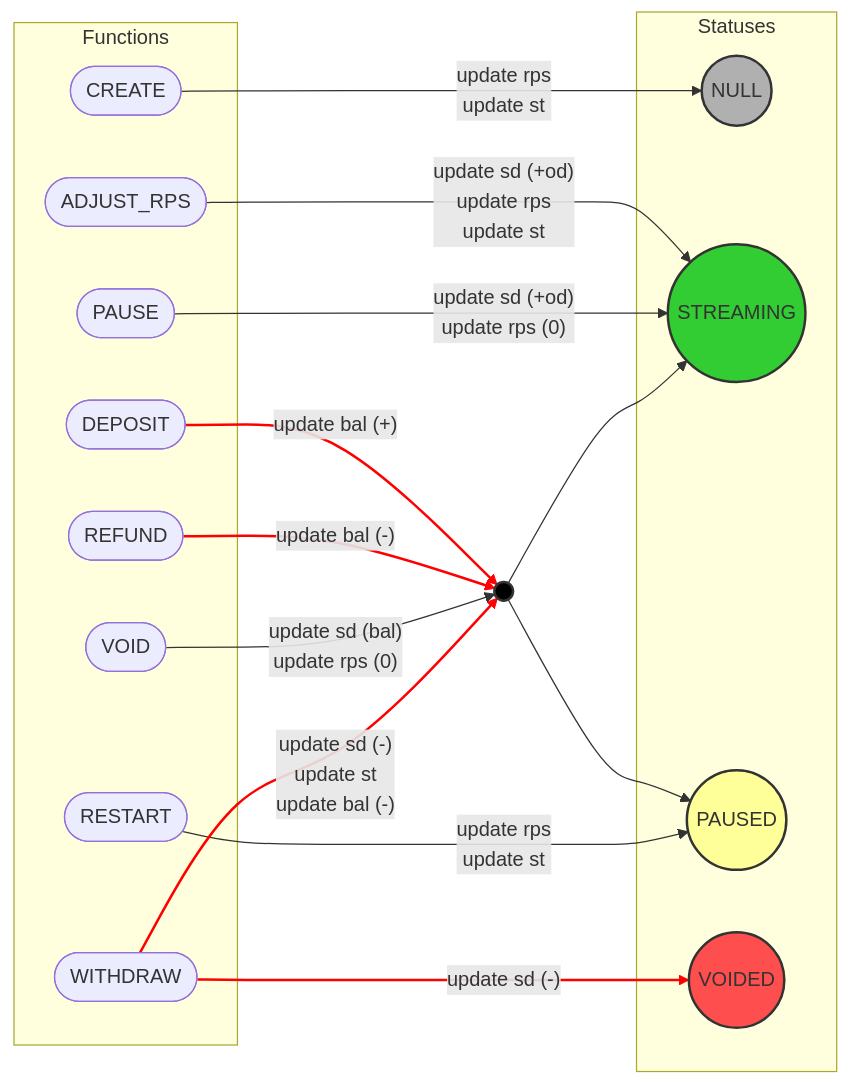
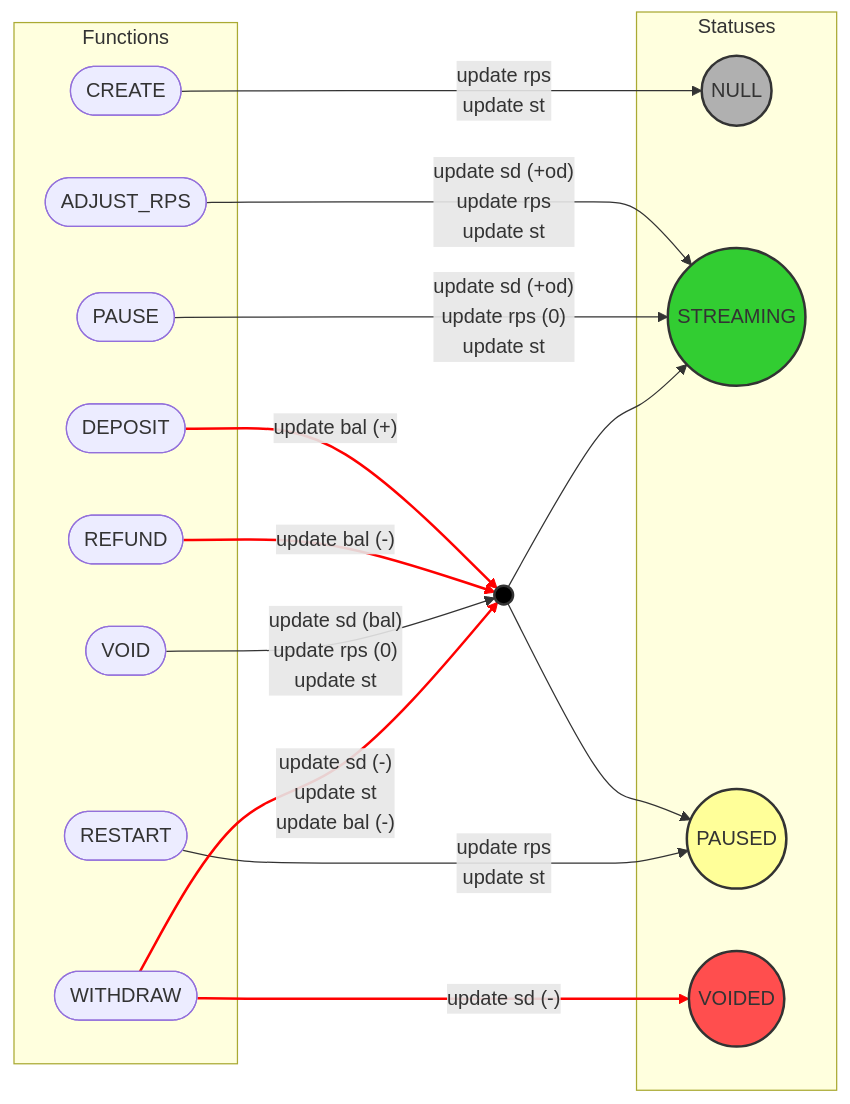
Before and after one commit to sablier-labs/flow: the second of 8 diagrams in DIAGRAMS.md, drawn with Mermaid. The commit also changed other lines of this file and 1 other file, not shown here.

````diff
--- a/DIAGRAMS.md
+++ b/DIAGRAMS.md
@@ -81,50 +81,50 @@
 ```mermaid
 flowchart LR
     subgraph Statuses
         NULL((NULL)):::grey
         STR((STREAMING)):::green
         PSED((PAUSED)):::yellow
         VOID((VOIDED)):::red
     end
 
     subgraph Functions
         CR([CREATE])
         ADJRPS([ADJUST_RPS])
         DP([DEPOSIT])
         RFD([REFUND])
         PS([PAUSE])
         RST([RESTART])
         VD([VOID])
         WTD([WITHDRAW])
     end
 
     BOTH((  )):::black
 
 
     classDef black fill:#000000,stroke:#333,stroke-width:2px;
     classDef green fill:#32cd32,stroke:#333,stroke-width:2px;
     classDef grey fill:#b0b0b0,stroke:#333,stroke-width:2px;
     classDef yellow fill:#ffff99,stroke:#333,stroke-width:2px;
     classDef red fill:#ff4e4e,stroke:#333,stroke-width:2px;
 
     CR -- "update rps<br/>update st" --> NULL
 
     ADJRPS -- "update sd (+od)<br/>update rps<br/>update st" -->  STR
 
     DP -- "update bal (+)" --> BOTH
 
     RFD -- "update bal (-)" --> BOTH
 
-    PS -- "update sd (+od)<br/>update rps (0)" --> STR
+    PS -- "update sd (+od)<br/>update rps (0)<br/>update st" --> STR
 
     BOTH --> STR & PSED
 
     RST -- "update rps<br/>update st" --> PSED
 
-    VD -- "update sd (bal)<br/>update rps (0)" --> BOTH
+    VD -- "update sd (bal)<br/>update rps (0)<br/>update st" --> BOTH
 
     WTD -- "update sd (-)<br/>update st<br/>update bal (-)" --> BOTH
     WTD -- "update sd (-)" --> VOID
 
     linkStyle 2,3,9,10 stroke:#ff0000,stroke-width:2px
 ```
````
